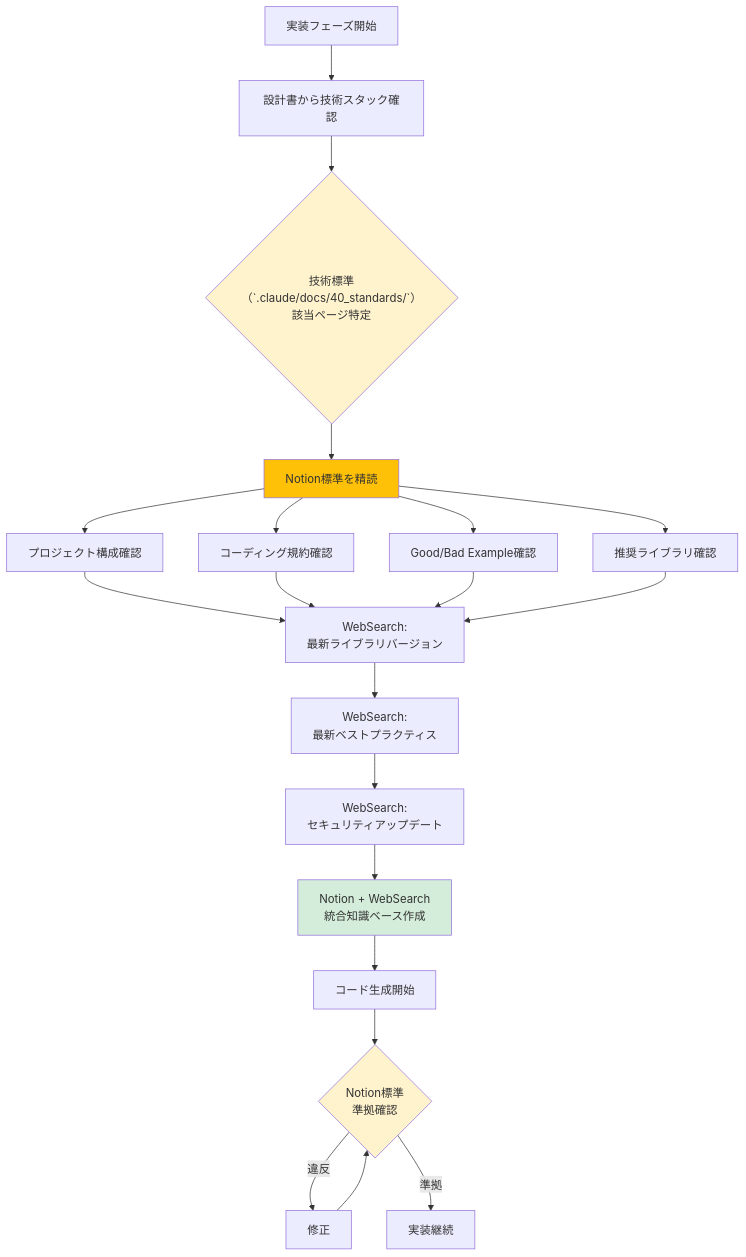
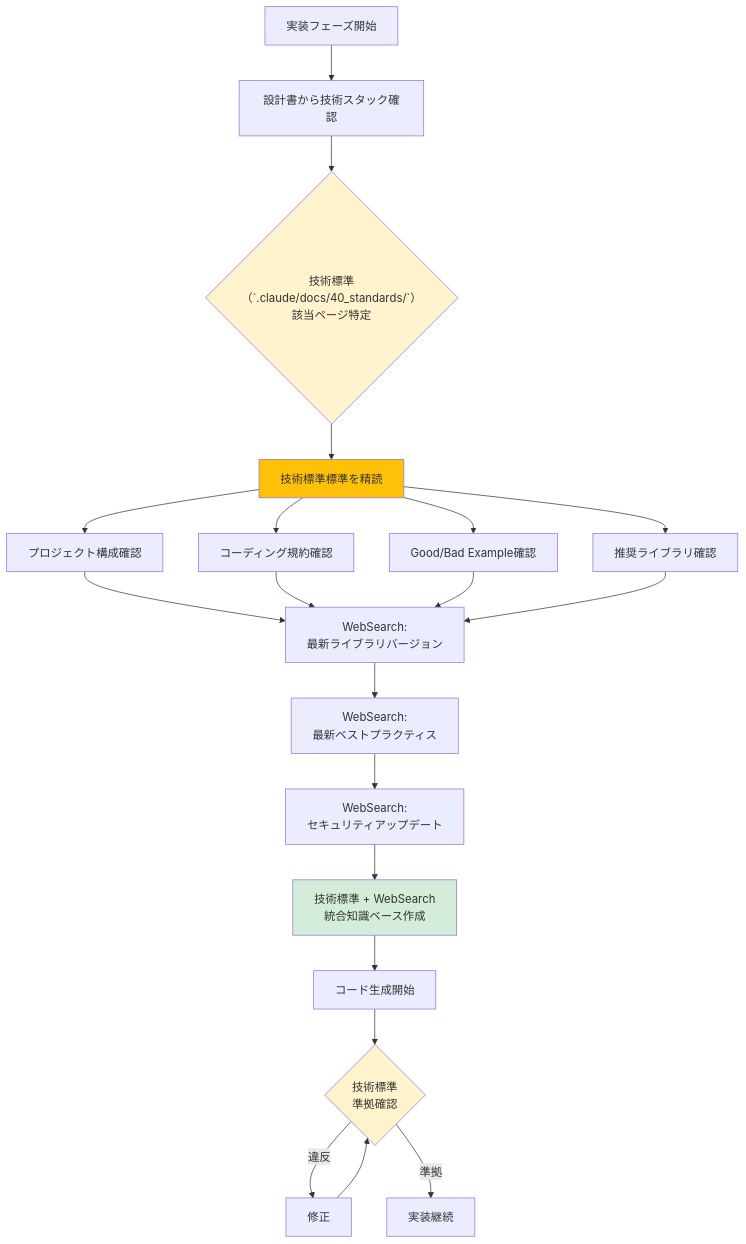
One commit to k-tanaka-522/aidev changed the diagram in .claude/docs/10_facilitation/2.4_実装フェーズ/2.4.0_事前調査.md. Above: the diagram before and after it, drawn with Mermaid. The commit also changed other lines of this file and 21 other files, not shown here.

````diff
--- a/.claude/docs/10_facilitation/2.4_実装フェーズ/2.4.0_事前調査.md
+++ b/.claude/docs/10_facilitation/2.4_実装フェーズ/2.4.0_事前調査.md
@@ -66,33 +66,33 @@
 ```mermaid
 flowchart TB
     A[実装フェーズ開始] --> B[設計書から技術スタック確認]
     B --> C{技術標準（`.claude/docs/40_standards/`）<br/>該当ページ特定}
 
-    C --> D[Notion標準を精読]
+    C --> D[技術標準標準を精読]
     D --> E[プロジェクト構成確認]
     D --> F[コーディング規約確認]
     D --> G[Good/Bad Example確認]
     D --> H[推奨ライブラリ確認]
 
     E --> I[WebSearch:<br/>最新ライブラリバージョン]
     F --> I
     G --> I
     H --> I
 
     I --> J[WebSearch:<br/>最新ベストプラクティス]
     J --> K[WebSearch:<br/>セキュリティアップデート]
-    K --> L[Notion + WebSearch<br/>統合知識ベース作成]
+    K --> L[技術標準 + WebSearch<br/>統合知識ベース作成]
 
     L --> M[コード生成開始]
-    M --> N{Notion標準<br/>準拠確認}
+    M --> N{技術標準<br/>準拠確認}
 
     N -->|違反| O[修正]
     O --> N
 
     N -->|準拠| P[実装継続]
 
     style C fill:#fff3cd
     style D fill:#ffc107
     style L fill:#d4edda
     style N fill:#fff3cd
 ```
````
